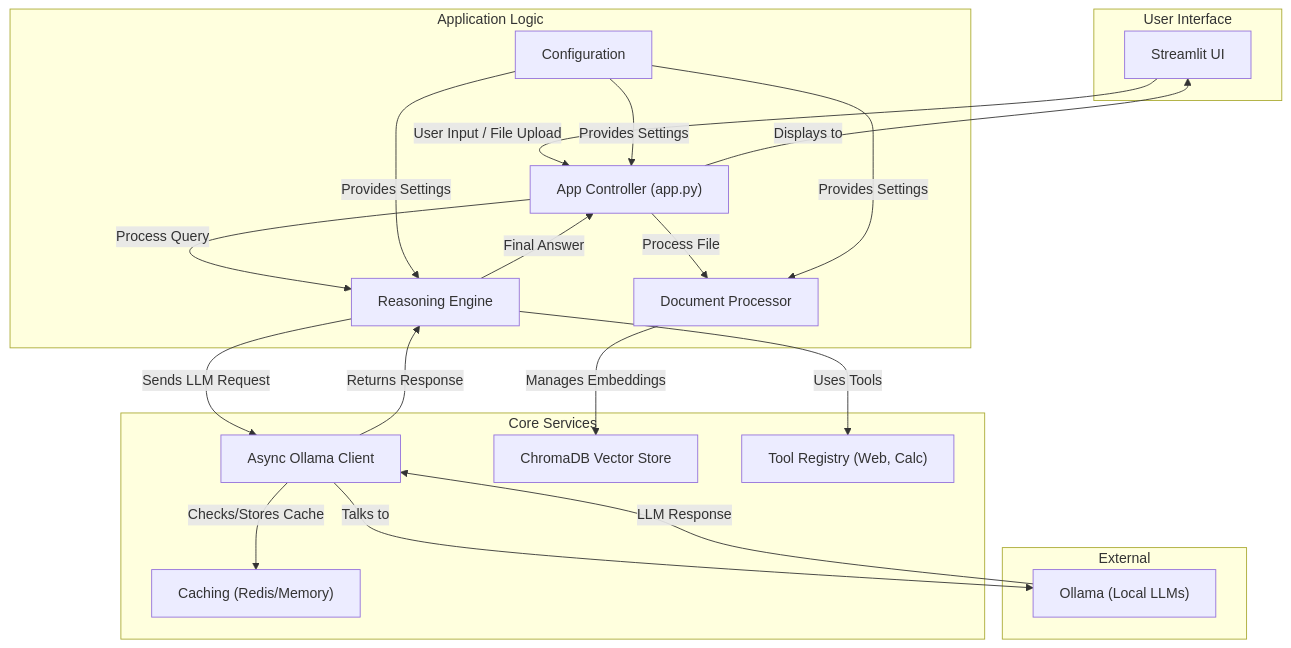
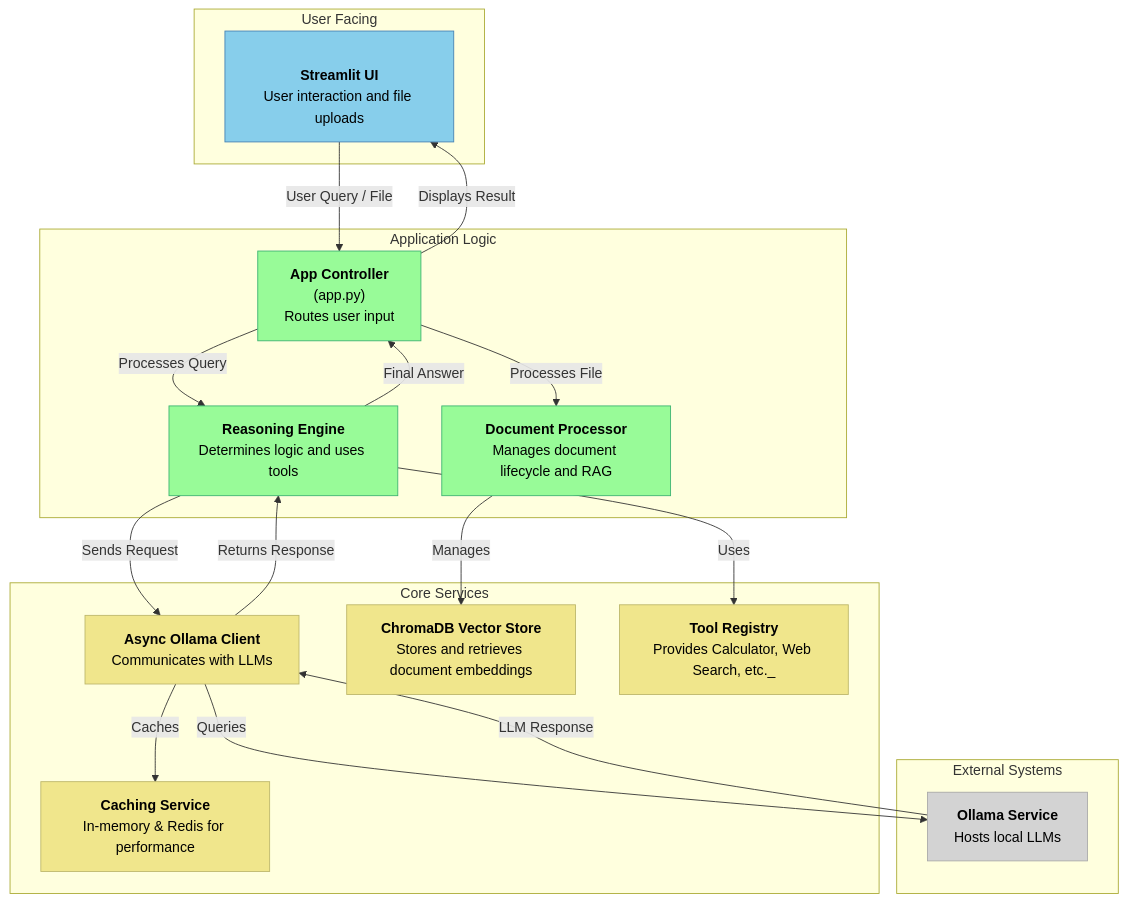
Before and after one commit to khaosans/basic-chat: the first of 3 diagrams in docs/ARCHITECTURE.md, drawn with Mermaid. The commit also changed other lines of this file and 1 other file, not shown here.

Commit message:
docs: Overhaul architecture documentation and add release notes - Enhance clarity and detail in ARCHITECTURE.md - Introduce comprehensive release notes for version 1.1.0

````diff
--- a/docs/ARCHITECTURE.md
+++ b/docs/ARCHITECTURE.md
@@ -11,44 +13,46 @@
 ```mermaid
 graph TD
-    subgraph User Interface
-        A["Streamlit UI"]
+    classDef ui fill:#87CEEB,stroke:#4682B4,color:#000
+    classDef logic fill:#98FB98,stroke:#3CB371,color:#000
+    classDef service fill:#F0E68C,stroke:#BDB76B,color:#000
+    classDef external fill:#D3D3D3,stroke:#A9A9A9,color:#000
+
+    subgraph User Facing
+        A["<br/><b>Streamlit UI</b><br/>User interaction and file uploads<br/>"]:::ui
     end
 
     subgraph Application Logic
-        B["App Controller (app.py)"]
-        C["Reasoning Engine"]
-        D["Document Processor"]
-        E["Configuration"]
+        B["<b>App Controller</b><br/>(app.py)<br/>Routes user input"]:::logic
+        C["<b>Reasoning Engine</b><br/>Determines logic and uses tools"]:::logic
+        D["<b>Document Processor</b><br/>Manages document lifecycle and RAG"]:::logic
     end
 
     subgraph Core Services
-        F["Async Ollama Client"]
-        G["ChromaDB Vector Store"]
-        H["Tool Registry (Web, Calc)"]
-        I["Caching (Redis/Memory)"]
+        F["<b>Async Ollama Client</b><br/>Communicates with LLMs"]:::service
+        G["<b>ChromaDB Vector Store</b><br/>Stores and retrieves document embeddings"]:::service
+        H["<b>Tool Registry</b><br/>Provides Calculator, Web Search, etc."_]:::service
+        I["<b>Caching Service</b><br/>In-memory & Redis for performance"]:::service
     end
     
-    subgraph External
-        J["Ollama (Local LLMs)"]
+    subgraph External Systems
+        J["<b>Ollama Service</b><br/>Hosts local LLMs"]:::external
     end
 
-    A -- "User Input / File Upload" --> B
-    B -- "Process Query" --> C
-    B -- "Process File" --> D
+    A -- "User Query / File" --> B
     
-    C -- "Uses Tools" --> H
-    C -- "Sends LLM Request" --> F
-    D -- "Manages Embeddings" --> G
+    B -- "Processes Query" --> C
+    B -- "Processes File" --> D
     
-    F -- "Talks to" --> J
-    F -- "Checks/Stores Cache" --> I
+    C -- "Uses" --> H
+    C -- "Sends Request" --> F
+    
+    D -- "Manages" --> G
+    
+    F -- "Queries" --> J
+    F -- "Caches" --> I
     
     J -- "LLM Response" --> F
     F -- "Returns Response" --> C
     C -- "Final Answer" --> B
-    B -- "Displays to" --> A
-    
-    E -- "Provides Settings" --> B
-    E -- "Provides Settings" --> C
-    E -- "Provides Settings" --> D
+    B -- "Displays Result" --> A
 ```
````
